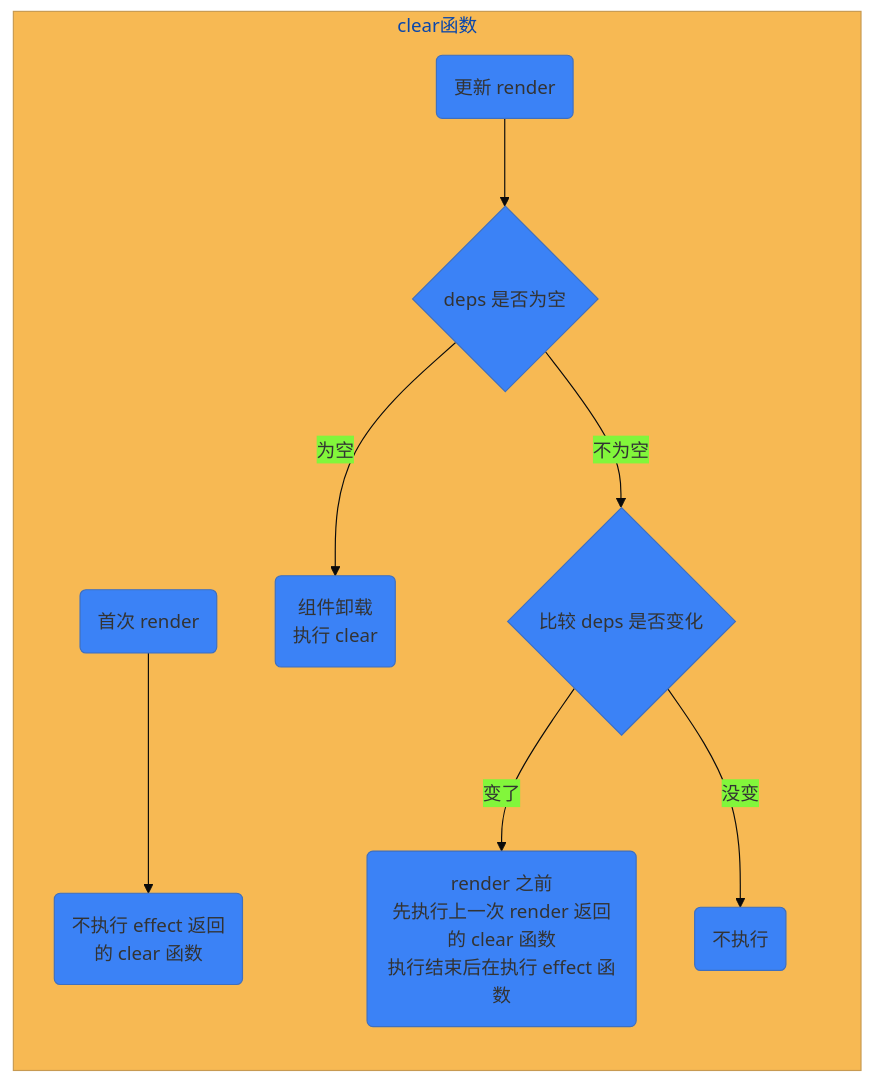
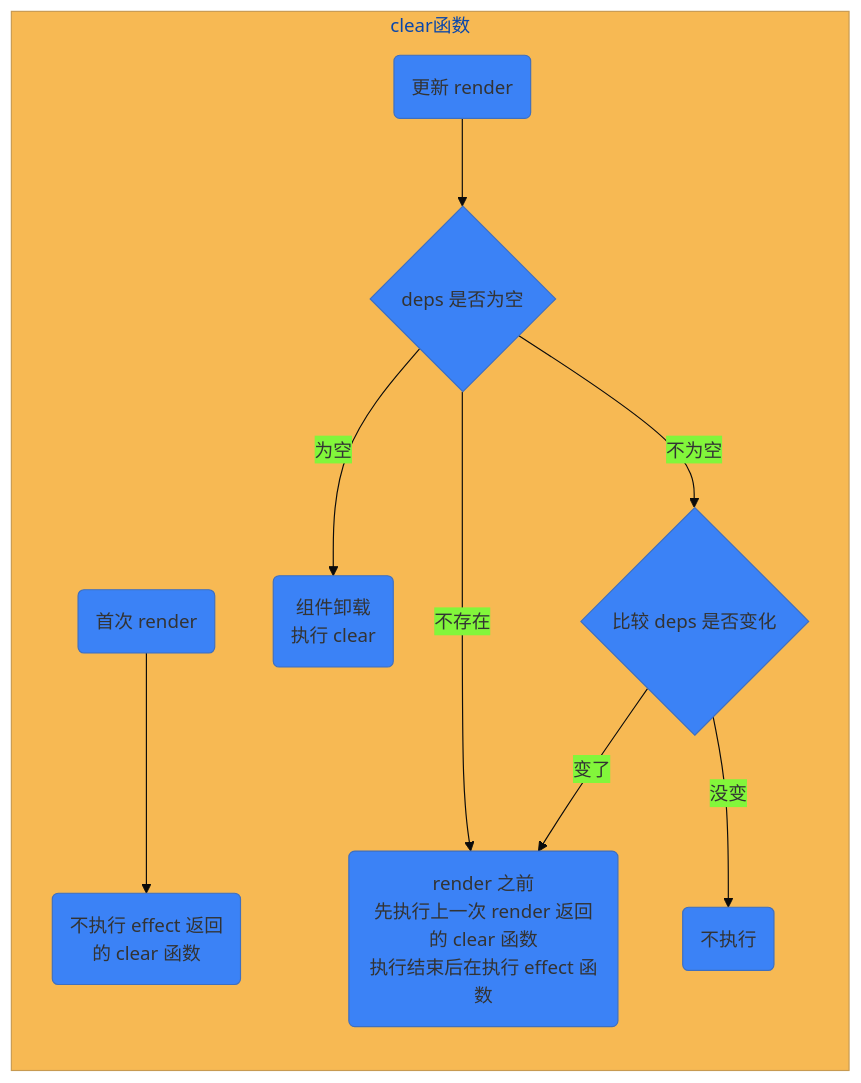
One commit to WHF293/whf-hooks-analysis changed the fifth of 7 diagrams in hooks/react-hooks.md. Above: the diagram before and after it, drawn with Mermaid. The commit also changed other lines of this file and 19 other files, not shown here.

````diff
--- a/hooks/react-hooks.md
+++ b/hooks/react-hooks.md
@@ -267,12 +272,13 @@
 ```mermaid
 %%{init: {'theme': 'base', 'themeVariables': { 'primaryColor': '#3b82f6'}}}%%
 flowchart LR
   subgraph clear函数
     A(首次 render) --> B(不执行 effect 返回\n的 clear 函数)
     C(更新 render) --> D{deps 是否为空}
     D --为空--> END(组件卸载\n执行 clear)
     D --不为空--> F{比较 deps 是否变化}
-    F --变了--> W1(render 之前\n先执行上一次 render 返回的 clear 函数\n执行结束后在执行 effect 函数)
+    D --不存在--> W1(render 之前\n先执行上一次 render 返回的 clear 函数\n执行结束后在执行 effect 函数)
+    F --变了--> W1
     F --没变--> W2(不执行)
   end
 ```
````
